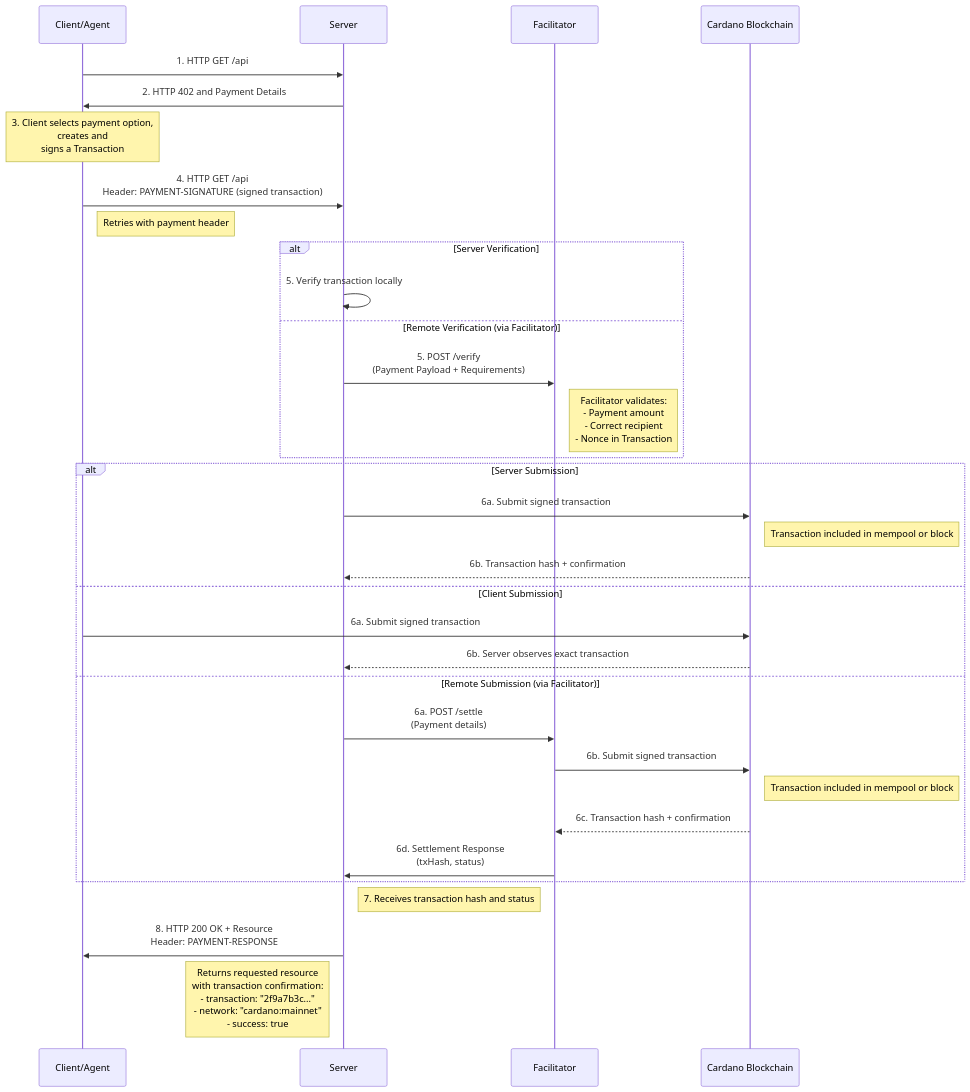
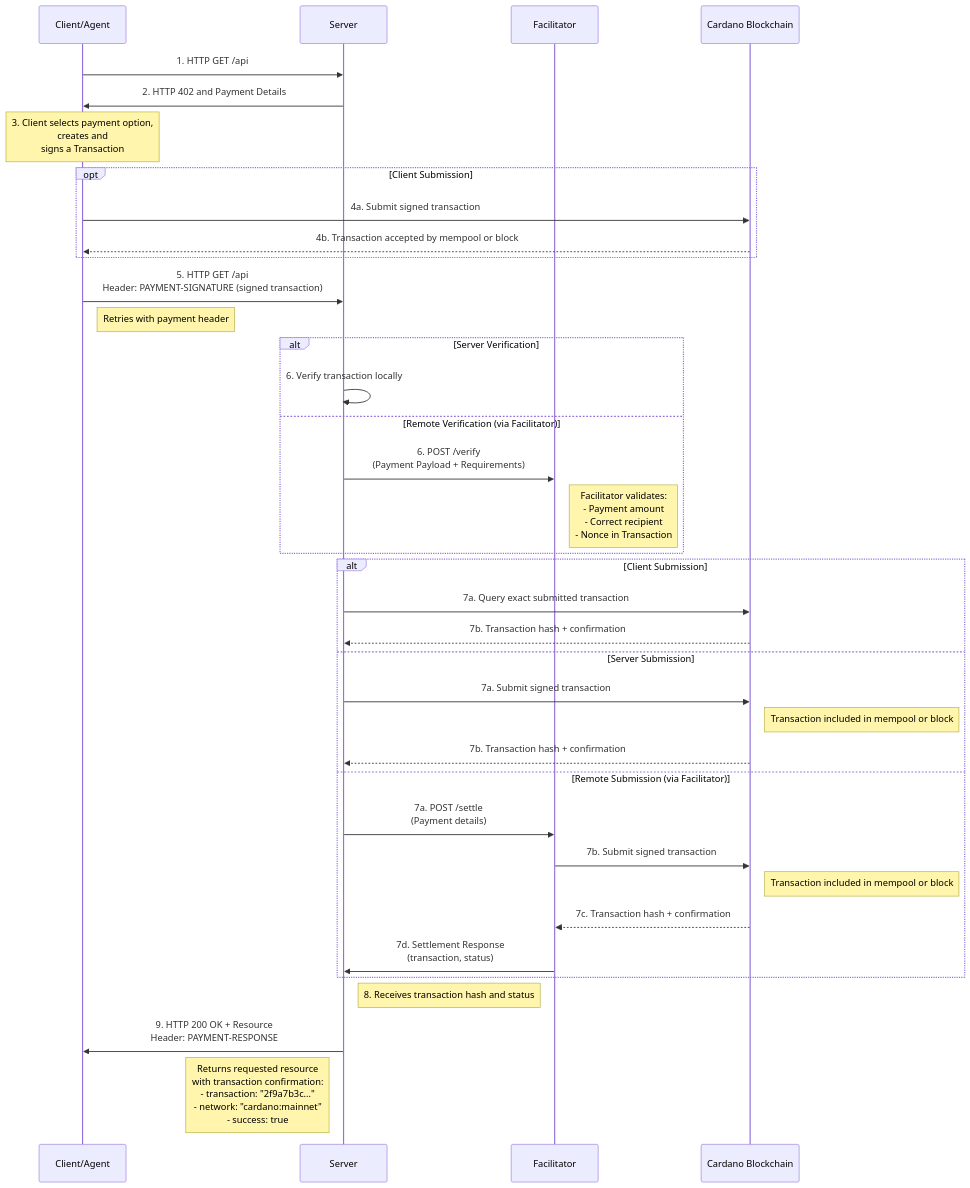
One commit to cardano-foundation/x402 changed the first of 2 diagrams in specs/schemes/exact/scheme_exact_cardano.md. Above: the diagram before and after it, drawn with Mermaid. The commit also changed other lines of this file, not shown here.

Commit message:
docs(cardano): fix settlement verification
- order client submission before paid retry
- bind registered agents to the global V2 registry
- validate Hydra nonces in the selected head ledger

````diff
--- a/specs/schemes/exact/scheme_exact_cardano.md
+++ b/specs/schemes/exact/scheme_exact_cardano.md
@@ -31,50 +31,56 @@
 ```mermaid
 sequenceDiagram
     participant Client as Client/Agent
     participant Server as Server
     participant Facilitator as Facilitator
     participant Cardano as Cardano Blockchain
 
     %% Initial Request
     Client->>Server: 1. HTTP GET /api
 
     %% Payment Required Response
     Server->>Client: 2. HTTP 402 and Payment Details
 
     %% Client Prepares Payment
     Note over Client: 3. Client selects payment option,<br/>creates and <br/> signs a Transaction
 
+    %% Optional Client Submission
+    opt Client Submission
+        Client->>Cardano: 4a. Submit signed transaction
+        Cardano-->>Client: 4b. Transaction accepted by mempool or block
+    end
+
     %% Request with Payment
-    Client->>Server: 4. HTTP GET /api<br/>Header: PAYMENT-SIGNATURE (signed transaction)
+    Client->>Server: 5. HTTP GET /api<br/>Header: PAYMENT-SIGNATURE (signed transaction)
     Note right of Client: Retries with payment header
 
     %% Server Verification
     alt Server Verification
-        Server->>Server: 5. Verify transaction locally
+        Server->>Server: 6. Verify transaction locally
     else Remote Verification (via Facilitator)
-        Server->>Facilitator: 5. POST /verify<br/>(Payment Payload + Requirements)
+        Server->>Facilitator: 6. POST /verify<br/>(Payment Payload + Requirements)
         Note right of Facilitator: Facilitator validates:<br/>- Payment amount<br/>- Correct recipient<br/>- Nonce in Transaction
     end
 
-    %% Server Verification
-    alt Server Submission
-        Server->>Cardano: 6a. Submit signed transaction
+    %% Settlement
+    alt Client Submission
+        Server->>Cardano: 7a. Query exact submitted transaction
+        Cardano-->>Server: 7b. Transaction hash + confirmation
+    else Server Submission
+        Server->>Cardano: 7a. Submit signed transaction
         Note right of Cardano: Transaction included in mempool or block
-        Cardano-->>Server: 6b. Transaction hash + confirmation
-    else Client Submission
-        Client->>Cardano: 6a. Submit signed transaction
-        Cardano-->>Server: 6b. Server observes exact transaction
+        Cardano-->>Server: 7b. Transaction hash + confirmation
     else Remote Submission (via Facilitator)
-      Server->>Facilitator: 6a. POST /settle<br/>(Payment details)
-      Facilitator->>Cardano: 6b. Submit signed transaction
+      Server->>Facilitator: 7a. POST /settle<br/>(Payment details)
+      Facilitator->>Cardano: 7b. Submit signed transaction
       Note right of Cardano: Transaction included in mempool or block
-      Cardano-->>Facilitator: 6c. Transaction hash + confirmation
-      Facilitator->>Server: 6d. Settlement Response<br/>(txHash, status)
+      Cardano-->>Facilitator: 7c. Transaction hash + confirmation
+      Facilitator->>Server: 7d. Settlement Response<br/>(transaction, status)
     end
 
-    Note right of Server: 7. Receives transaction hash and status
+    Note right of Server: 8. Receives transaction hash and status
 
     %% Final Response
-    Server->>Client: 8. HTTP 200 OK + Resource<br/>Header: PAYMENT-RESPONSE
+    Server->>Client: 9. HTTP 200 OK + Resource<br/>Header: PAYMENT-RESPONSE
     Note left of Server: Returns requested resource<br/>with transaction confirmation:<br/>- transaction: "2f9a7b3c..."<br/>- network: "cardano:mainnet"<br/>- success: true
 ```
````
